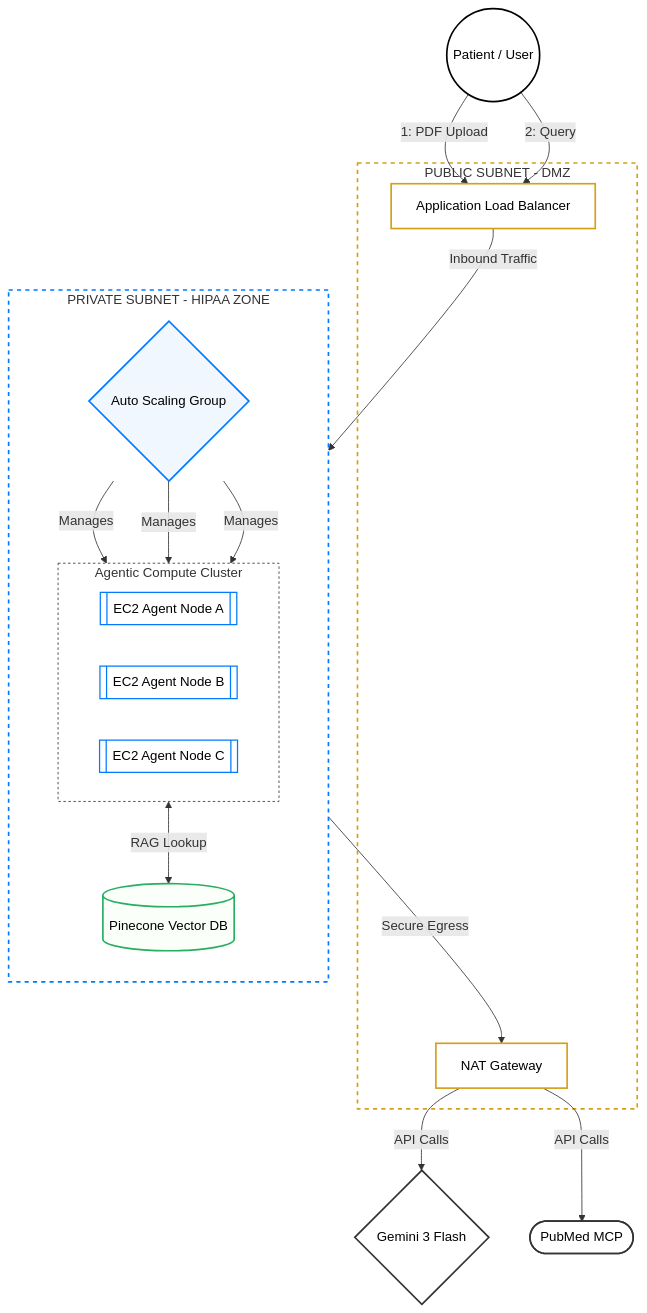
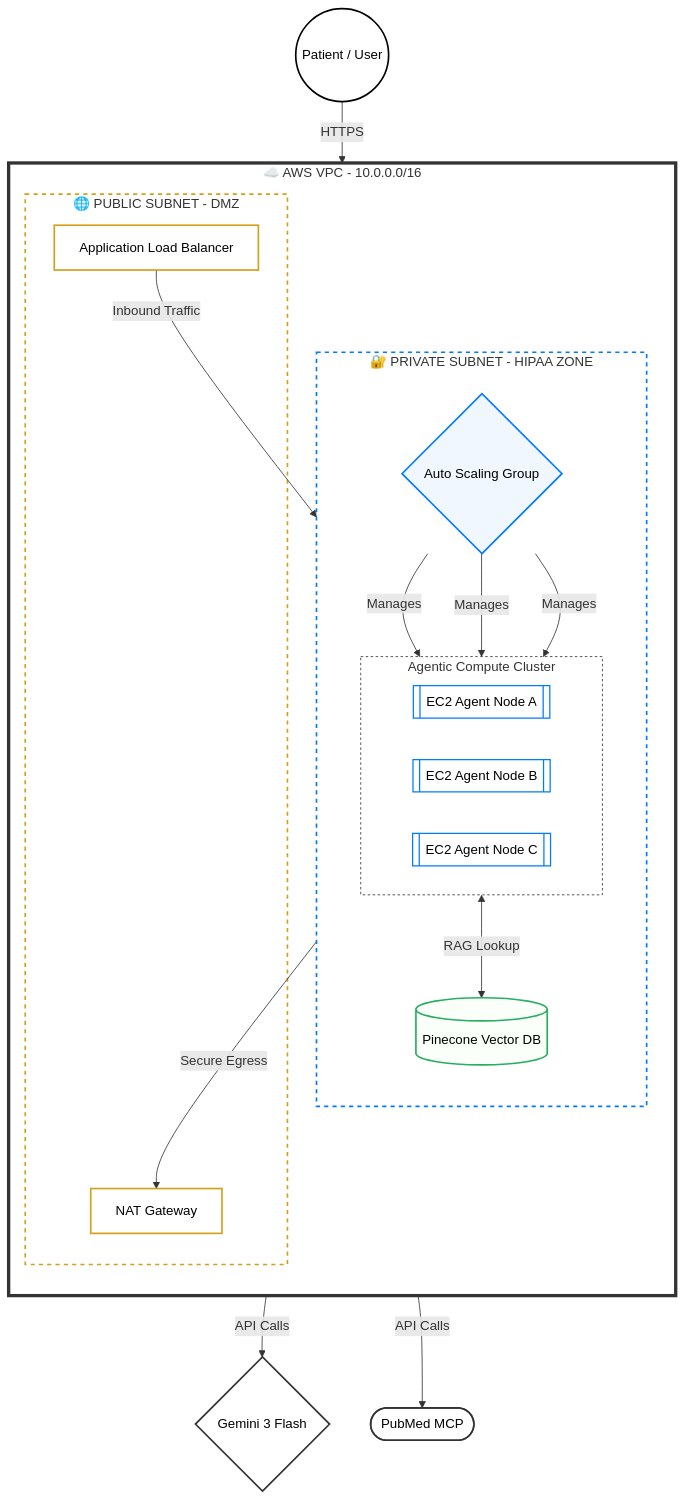
The second of 2 diagrams in docs/README.md (ramsundharVenkadesan/CliniClarity), drawn with Mermaid before and after one commit.

````diff
--- a/docs/README.md
+++ b/docs/README.md
@@ -139,56 +139,61 @@
 ```mermaid
 flowchart TD
-    %% 1. USER INTERFACE
-    U((Patient / User)):::userNode -->|1: PDF Upload| ALB
-    U -->|2: Query| ALB
+    %% 1. VIRTUAL PRIVATE CLOUD (VPC)
+    subgraph VPC [☁️ AWS VPC - 10.0.0.0/16]
+        direction TB
 
-    %% 2. PUBLIC TIER
-    subgraph DMZ [PUBLIC SUBNET - DMZ]
-        ALB[Application Load Balancer]:::resource
-        NAT[NAT Gateway]:::resource
-    end
-
-    %% 3. PRIVATE TIER
-    subgraph HIPAA [PRIVATE SUBNET - HIPAA ZONE]
-        direction TB
-        
-        ASG{Auto Scaling Group}:::asg
-        
-        subgraph COMPUTE [Agentic Compute Cluster]
-            direction LR
-            EC2_A[[EC2 Agent Node A]]:::instance
-            EC2_B[[EC2 Agent Node B]]:::instance
-            EC2_C[[EC2 Agent Node C]]:::instance
+        %% 2. PUBLIC TIER
+        subgraph DMZ [🌐 PUBLIC SUBNET - DMZ]
+            ALB[Application Load Balancer]:::resource
+            NAT[NAT Gateway]:::resource
         end
 
-        VDB[(Pinecone Vector DB)]:::database
+        %% 3. PRIVATE TIER
+        subgraph HIPAA [🔐 PRIVATE SUBNET - HIPAA ZONE]
+            direction TB
+            
+            %% ASG as a Logic Node to avoid blocking text
+            ASG{Auto Scaling Group}:::asg
+            
+            subgraph COMPUTE [Agentic Compute Cluster]
+                direction LR
+                EC2_A[[EC2 Agent Node A]]:::instance
+                EC2_B[[EC2 Agent Node B]]:::instance
+                EC2_C[[EC2 Agent Node C]]:::instance
+            end
+
+            VDB[(Pinecone Vector DB)]:::database
+        end
     end
 
     %% 4. EXTERNAL SERVICES
+    U((Patient / User)):::userNode
     GEMINI{Gemini 3 Flash}:::external
     PUB([PubMed MCP]):::external
 
     %% Routing
+    U -->|HTTPS| ALB
     ALB -->|Inbound Traffic| ASG
     ASG -->|Manages| EC2_A
     ASG -->|Manages| EC2_B
     ASG -->|Manages| EC2_C
 
     COMPUTE <-->|RAG Lookup| VDB
     COMPUTE -->|Secure Egress| NAT
     
     NAT -->|API Calls| GEMINI
     NAT -->|API Calls| PUB
 
-    %% Styling for Dark Mode Visibility
+    %% Styling for High Contrast (Dark/Light Mode)
     classDef userNode fill:#ffffff,stroke:#000,stroke-width:2px,color:#000
     classDef resource fill:#ffffff,stroke:#d4a017,stroke-width:2px,color:#000
     classDef asg fill:#f0f7ff,stroke:#007bff,stroke-width:2px,color:#000
     classDef instance fill:#ffffff,stroke:#007bff,stroke-width:1.5px,color:#000
     classDef database fill:#fafffa,stroke:#27ae60,stroke-width:2px,color:#000
     classDef external fill:#ffffff,stroke:#333,stroke-width:2px,color:#000
 
+    style VPC fill:none,stroke:#333,stroke-width:4px
     style DMZ fill:none,stroke:#d4a017,stroke-width:2px,stroke-dasharray: 5 5
     style HIPAA fill:none,stroke:#007bff,stroke-width:2px,stroke-dasharray: 5 5
     style COMPUTE fill:none,stroke:#333,stroke-width:1px,stroke-dasharray: 3 3
 ```
````
